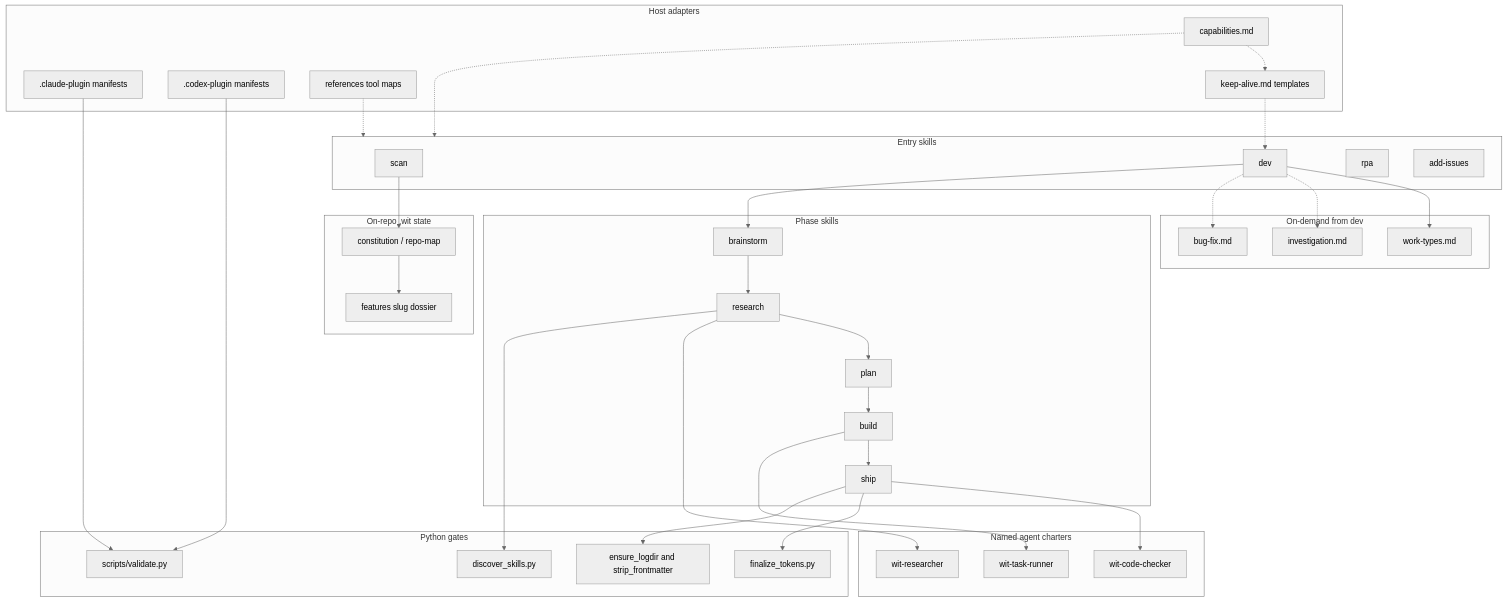
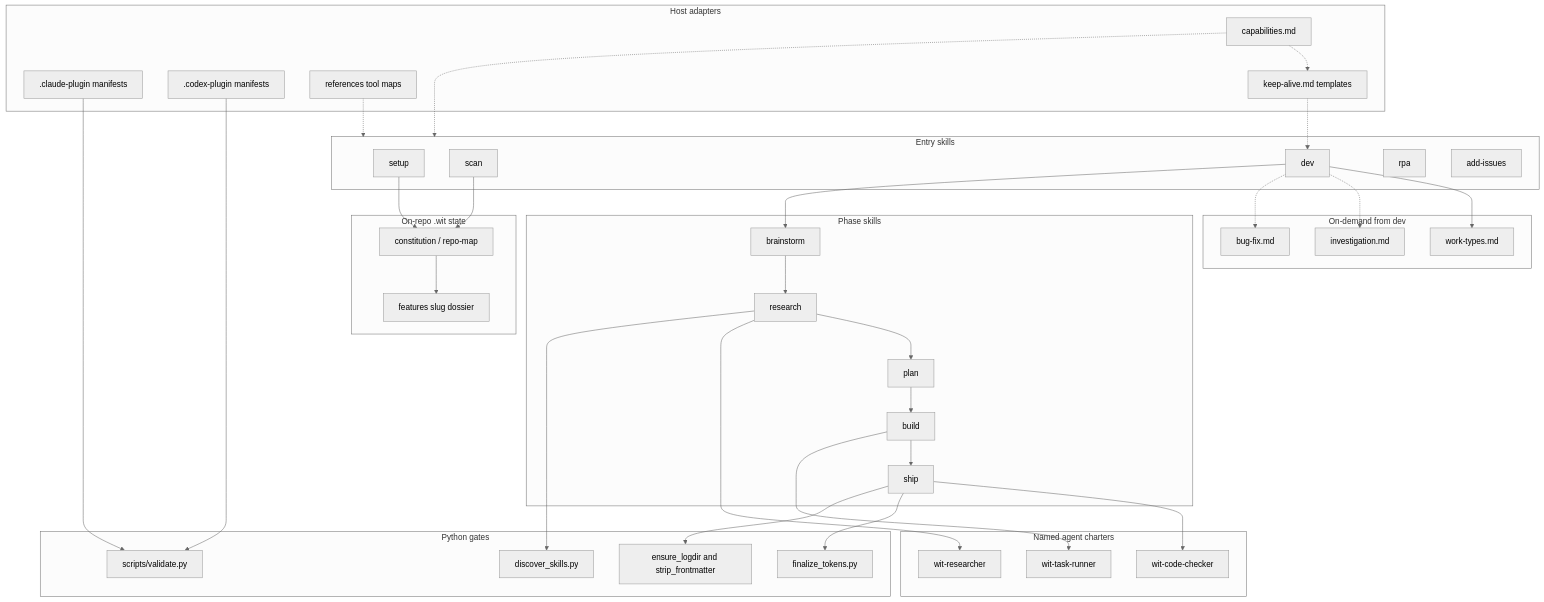
The diagram in .wit/architecture.md (Wittenberger-Industries/witloop), drawn with Mermaid (neutral theme) before and after one commit. The commit also changed other lines of this file and 55 other files, not shown here.

````diff
--- a/.wit/architecture.md
+++ b/.wit/architecture.md
@@ -11,65 +11,67 @@
 ```mermaid
 flowchart TD
   subgraph hosts["Host adapters"]
     claude_mf[".claude-plugin manifests"]
     codex_mf[".codex-plugin manifests"]
     caps["capabilities.md"]
     toolmaps["references tool maps"]
     keepalive["keep-alive.md templates"]
   end
   subgraph entry["Entry skills"]
+    setup_sk["setup"]
     scan_sk["scan"]
     dev_sk["dev"]
     rpa_sk["rpa"]
     addissues["add-issues"]
   end
   subgraph phases["Phase skills"]
     brainstorm_sk["brainstorm"]
     research_sk["research"]
     plan_sk["plan"]
     build_sk["build"]
     ship_sk["ship"]
   end
   subgraph named["Named agent charters"]
     researcher["wit-researcher"]
     runner["wit-task-runner"]
     checker["wit-code-checker"]
   end
   subgraph py["Python gates"]
     validate_py["scripts/validate.py"]
     token_py["finalize_tokens.py"]
     posix_py["ensure_logdir and strip_frontmatter"]
     discover_py["discover_skills.py"]
   end
   subgraph onrepo["On-repo .wit state"]
     constitution["constitution / repo-map"]
     featuredir["features slug dossier"]
   end
   subgraph ondemand["On-demand from dev"]
     worktypes_md["work-types.md"]
     investigation_md["investigation.md"]
     bugfix_md["bug-fix.md"]
   end
+  setup_sk --> constitution
   scan_sk --> constitution
   dev_sk --> worktypes_md
   dev_sk -.-> investigation_md
   dev_sk -.-> bugfix_md
   dev_sk --> brainstorm_sk
   brainstorm_sk --> research_sk
   research_sk --> plan_sk
   plan_sk --> build_sk
   build_sk --> ship_sk
   research_sk --> researcher
   build_sk --> runner
   ship_sk --> checker
   ship_sk --> token_py
   ship_sk --> posix_py
   research_sk --> discover_py
   caps -.-> entry
   caps -.-> keepalive
   toolmaps -.-> entry
   keepalive -.-> dev_sk
   claude_mf --> validate_py
   codex_mf --> validate_py
   constitution --> featuredir
 ```
````
